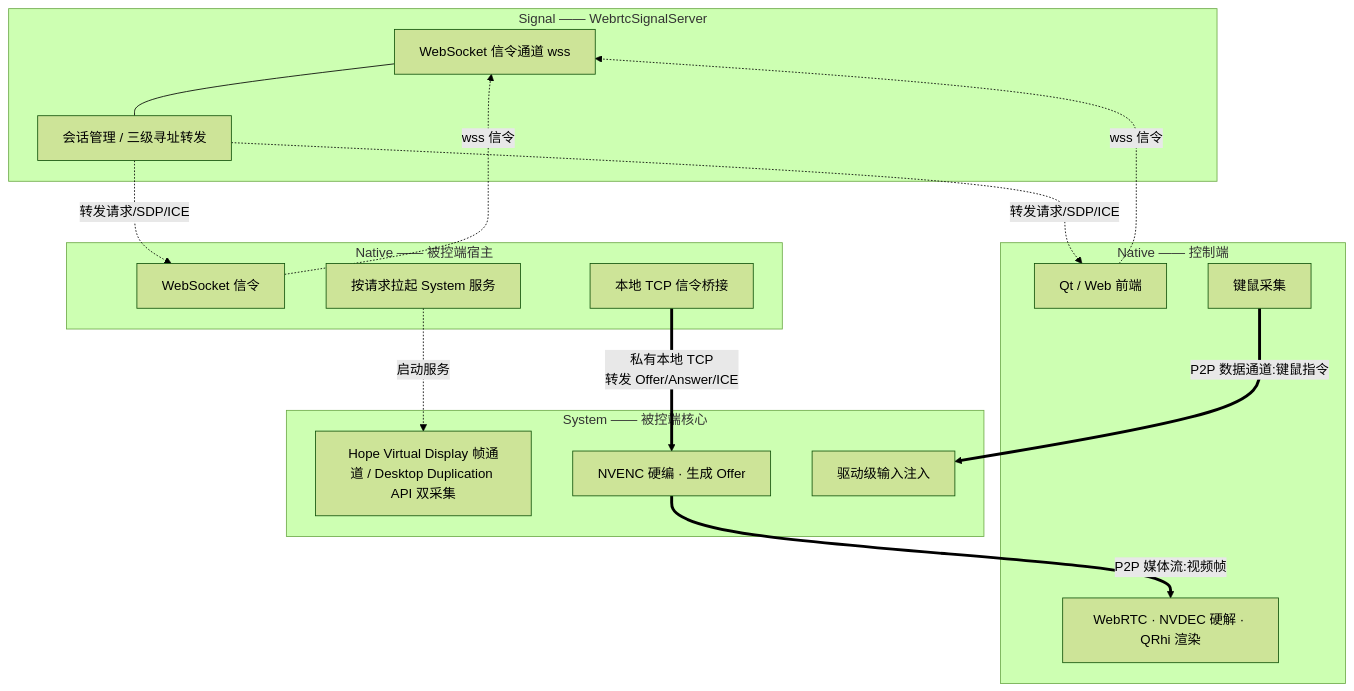
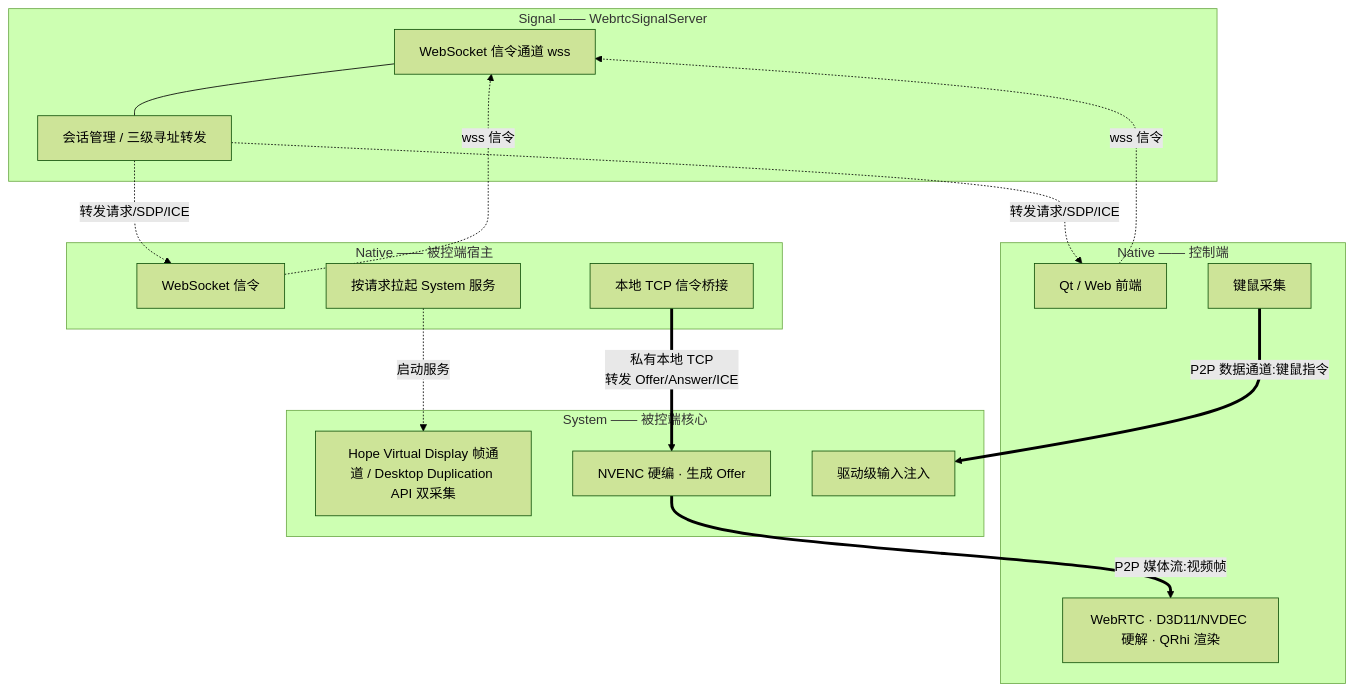
Before and after one commit to HopeTiga/HopeDesk: the diagram in README.md, drawn with Mermaid (forest theme). The commit also changed other lines of this file, not shown here.

````diff
--- a/README.md
+++ b/README.md
@@ -24,35 +24,35 @@
 ```mermaid
 graph TD
     subgraph S [Signal —— WebrtcSignalServer]
         S1[WebSocket 信令通道 wss]
         S2[会话管理 / 三级寻址转发]
         S1 --- S2
     end
 
     subgraph NA [Native —— 控制端]
         NA1[Qt / Web 前端]
-        NA2[WebRTC · NVDEC 硬解 · QRhi 渲染]
+        NA2[WebRTC · D3D11/NVDEC 硬解 · QRhi 渲染]
         NA3[键鼠采集]
     end
 
     subgraph NB [Native —— 被控端宿主]
         NB1[WebSocket 信令]
         NB2[本地 TCP 信令桥接]
         NB3[按请求拉起 System 服务]
     end
 
     subgraph M [System —— 被控端核心]
         M1[Hope Virtual Display 帧通道 / Desktop Duplication API 双采集]
         M2[NVENC 硬编 · 生成 Offer]
         M3[驱动级输入注入]
     end
 
     NA1 -. wss 信令 .-> S1
     NB1 -. wss 信令 .-> S1
     S2 -. 转发请求/SDP/ICE .-> NA1
     S2 -. 转发请求/SDP/ICE .-> NB1
     NB3 -. 启动服务 .-> M1
     NB2 == 私有本地 TCP<br/>转发 Offer/Answer/ICE ==> M2
     M2 == P2P 媒体流:视频帧 ==> NA2
     NA3 == P2P 数据通道:键鼠指令 ==> M3
 ```
````
